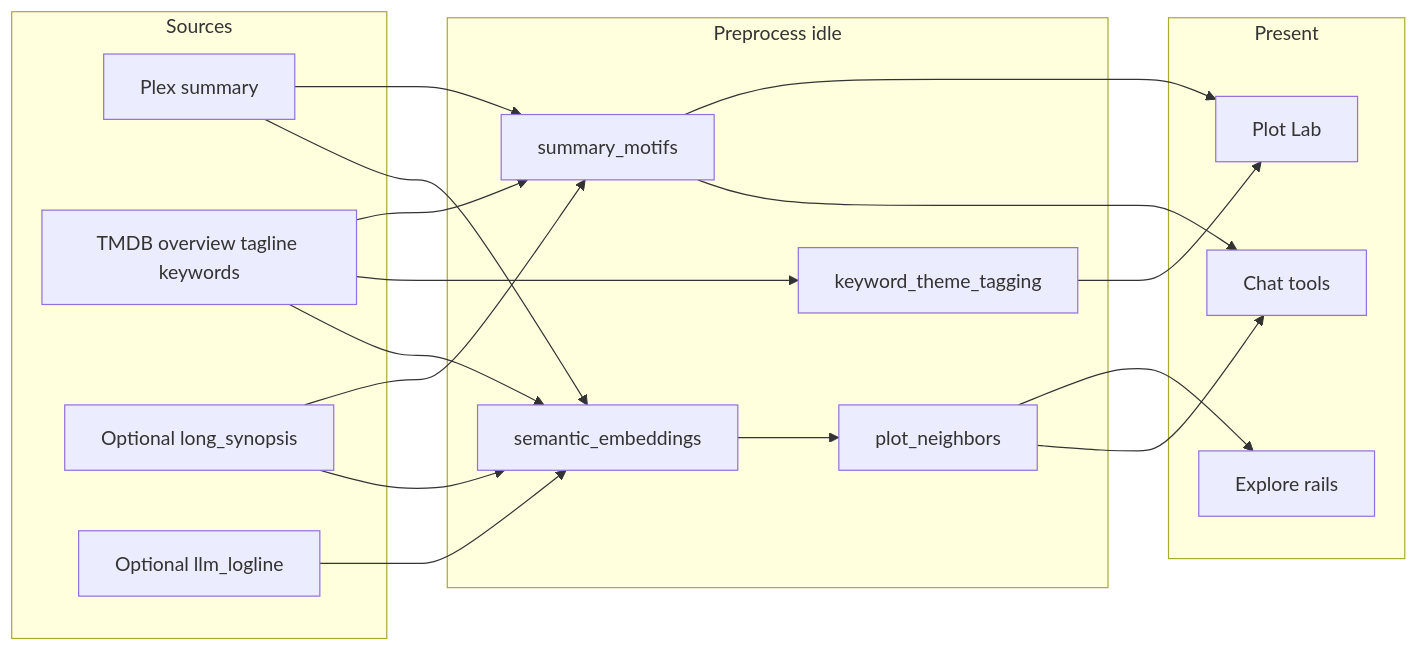
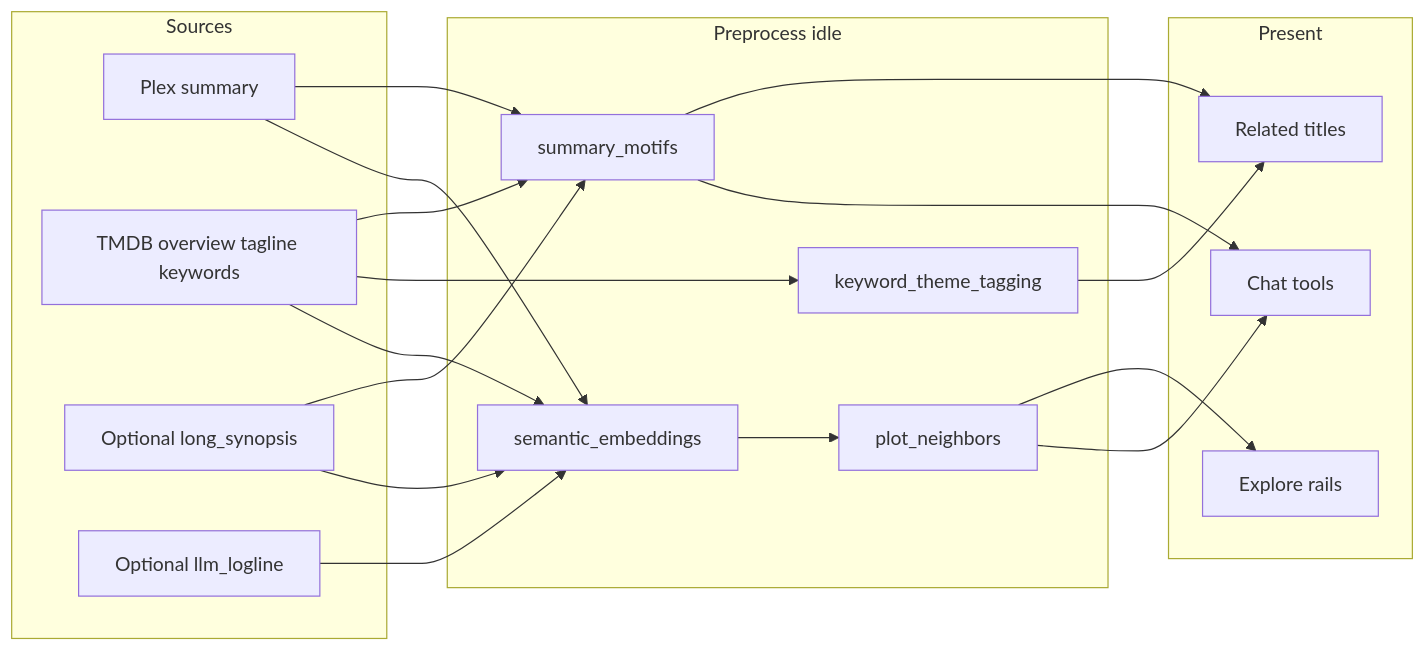
Before and after one commit to romwil/projectionist: the diagram in docs/CURATOR_KNOWLEDGE.md, drawn with Mermaid. The commit also changed other lines of this file and 130 other files, not shown here.

````diff
--- a/docs/CURATOR_KNOWLEDGE.md
+++ b/docs/CURATOR_KNOWLEDGE.md
@@ -59,34 +59,34 @@
 ```mermaid
 flowchart LR
   subgraph sources [Sources]
     Plex[Plex summary]
     TMDB[TMDB overview tagline keywords]
     Long[Optional long_synopsis]
     LLM[Optional llm_logline]
   end
   subgraph preprocess [Preprocess idle]
     Motifs[summary_motifs]
     Themes[keyword_theme_tagging]
     Embed[semantic_embeddings]
     Neigh[plot_neighbors]
   end
   subgraph present [Present]
-    PlotLab[Plot Lab]
+    PlotLab[Related titles]
     Explore[Explore rails]
     Chat[Chat tools]
   end
   Plex --> Motifs
   TMDB --> Motifs
   Long --> Motifs
   TMDB --> Themes
   Plex --> Embed
   TMDB --> Embed
   Long --> Embed
   LLM --> Embed
   Motifs --> PlotLab
   Themes --> PlotLab
   Embed --> Neigh
   Neigh --> Explore
   Motifs --> Chat
   Neigh --> Chat
 ```
````
